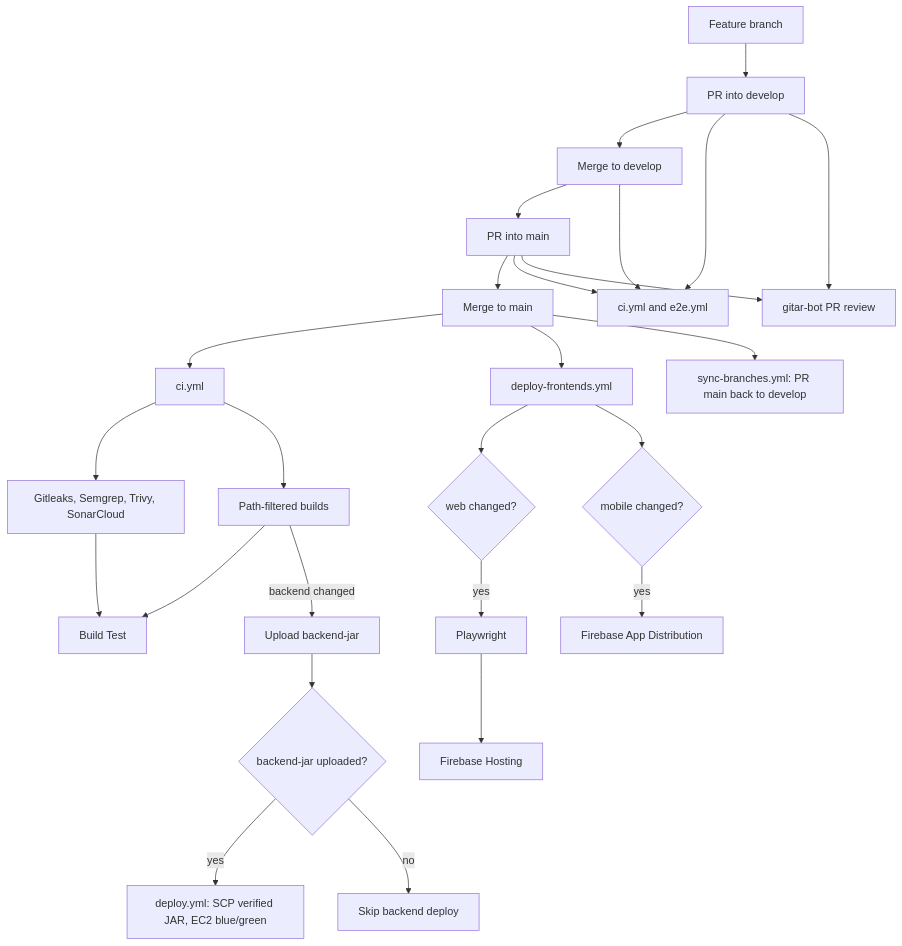
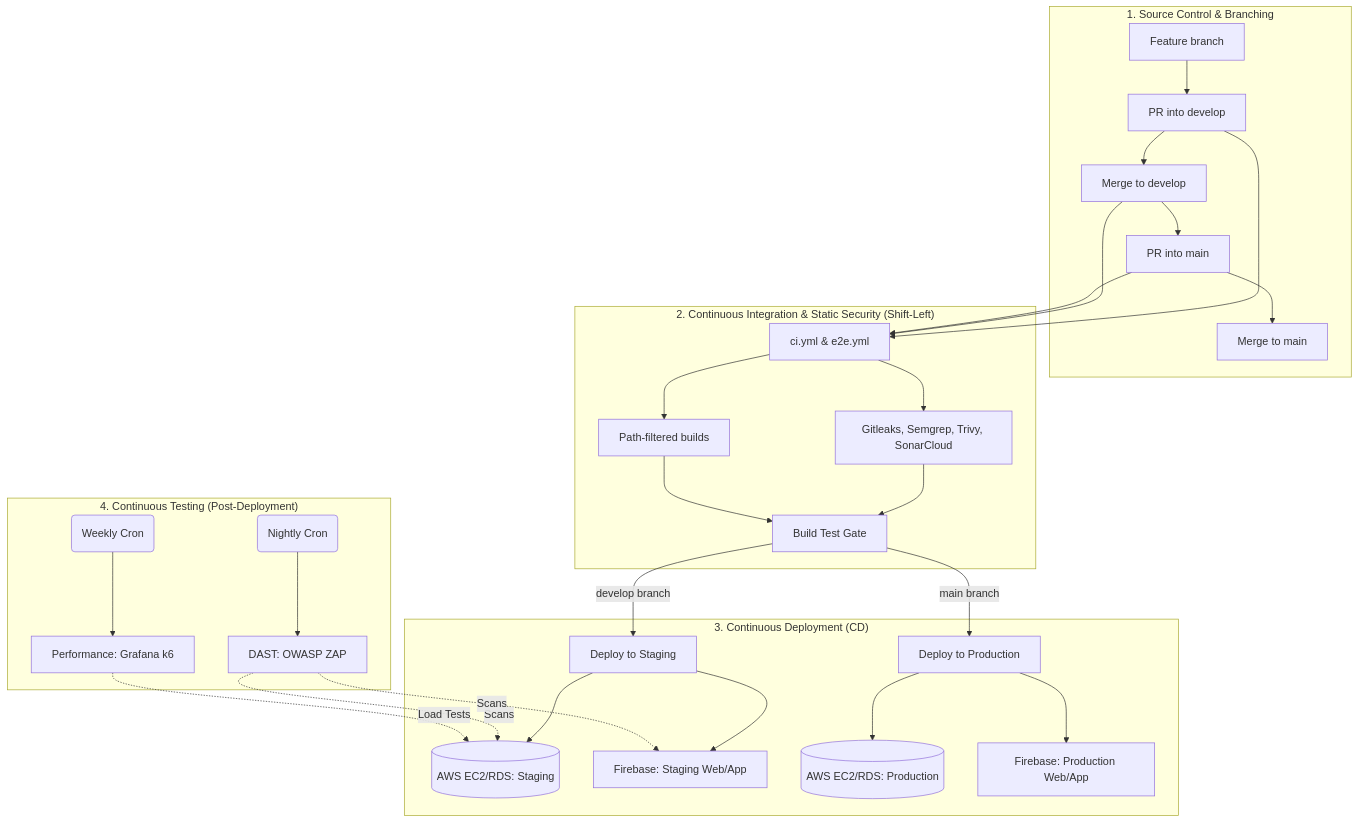
The diagram in CICD-PIPELINE.md (CanMakan-Team/CanMakan), drawn with Mermaid before and after one commit. The commit also changed other lines of this file, not shown here.

````diff
--- a/CICD-PIPELINE.md
+++ b/CICD-PIPELINE.md
@@ -144,32 +104,41 @@
 ```mermaid
 flowchart TD
-  F[Feature branch] --> PRD[PR into develop]
-  PRD --> D[Merge to develop]
-  D --> PRM[PR into main]
-  PRM --> M[Merge to main]
+  subgraph "1. Source Control & Branching"
+      Dev[Feature branch] --> PRD[PR into develop]
+      PRD --> D[Merge to develop]
+      D --> PRM[PR into main]
+      PRM --> M[Merge to main]
+  end
 
-  PRD --> CHK[ci.yml and e2e.yml]
-  D --> CHK
-  PRM --> CHK
-  PRD --> gitar[gitar-bot PR review]
-  PRM --> gitar
+  subgraph "2. Continuous Integration & Static Security (Shift-Left)"
+      PRD --> CHK[ci.yml & e2e.yml]
+      D --> CHK
+      PRM --> CHK
+      
+      CHK --> S[Gitleaks, Semgrep, Trivy, SonarCloud]
+      CHK --> B[Path-filtered builds]
+      S --> G[Build Test Gate]
+      B --> G
+  end
 
-  M --> CI[ci.yml]
-  CI --> S[Gitleaks, Semgrep, Trivy, SonarCloud]
-  CI --> B[Path-filtered builds]
-  S --> G[Build Test]
-  B --> G
-  B -->|backend changed| JAR[Upload backend-jar]
-  JAR --> Q{backend-jar uploaded?}
-  Q -->|yes| BE[deploy.yml: SCP verified JAR, EC2 blue/green]
-  Q -->|no| SK[Skip backend deploy]
+  subgraph "3. Continuous Deployment (CD)"
+      G -->|develop branch| StagingDeploy[Deploy to Staging]
+      G -->|main branch| ProdDeploy[Deploy to Production]
+      
+      StagingDeploy --> EC2Stg[(AWS EC2/RDS: Staging)]
+      StagingDeploy --> FireStg[Firebase: Staging Web/App]
+      
+      ProdDeploy --> EC2Prod[(AWS EC2/RDS: Production)]
+      ProdDeploy --> FireProd[Firebase: Production Web/App]
+  end
 
-  M --> FE[deploy-frontends.yml]
-  FE --> W{web changed?}
-  W -->|yes| PW[Playwright]
-  PW --> FB[Firebase Hosting]
-  FE --> A{mobile changed?}
-  A -->|yes| APK[Firebase App Distribution]
+  subgraph "4. Continuous Testing (Post-Deployment)"
+      CronDAST(Nightly Cron) --> ZAP[DAST: OWASP ZAP]
+      CronLoad(Weekly Cron) --> k6[Performance: Grafana k6]
+      
+      ZAP -.->|Scans| EC2Stg
+      ZAP -.->|Scans| FireStg
+      k6 -.->|Load Tests| EC2Stg
+  end
 
-  M --> SY[sync-branches.yml: PR main back to develop]
 ```
````
